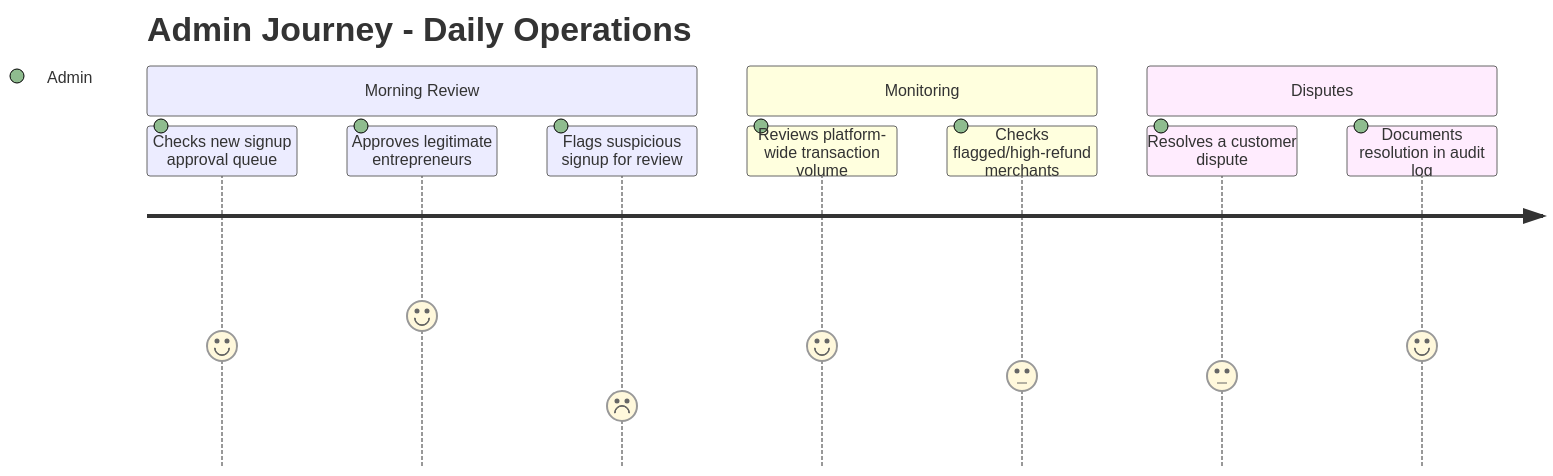
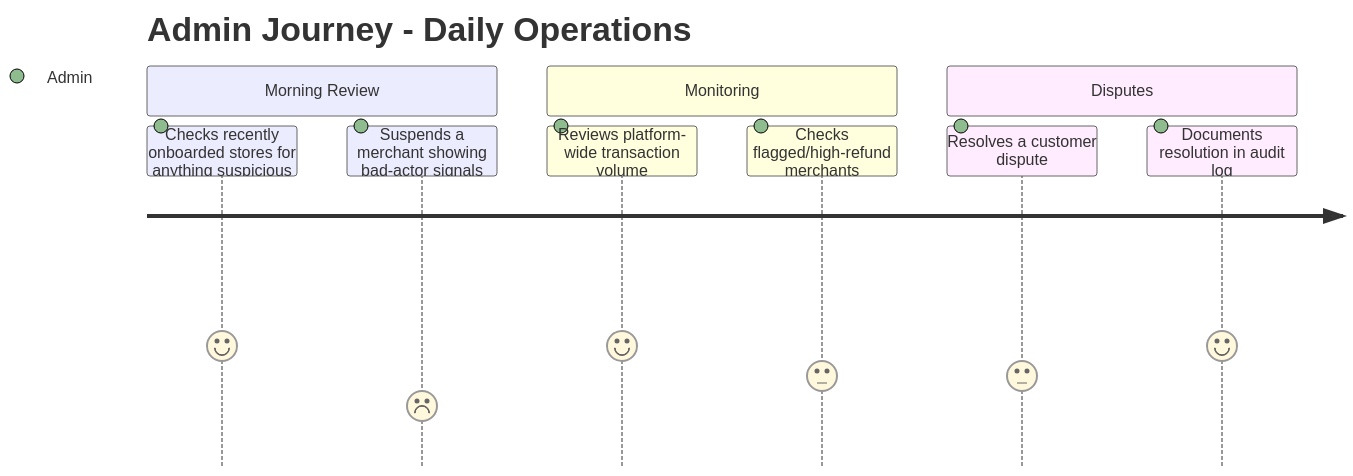
One commit to Pandiyaraj2004/Paylink changed the fourth of 9 diagrams in master-doc.md. Above: the diagram before and after it, drawn with Mermaid. The commit also changed other lines of this file and 177 other files, not shown here.

````diff
--- a/master-doc.md
+++ b/master-doc.md
@@ -640,14 +655,13 @@
 ```mermaid
 journey
     title Admin Journey - Daily Operations
     section Morning Review
-      Checks new signup approval queue: 4: Admin
-      Approves legitimate entrepreneurs: 5: Admin
-      Flags suspicious signup for review: 2: Admin
+      Checks recently onboarded stores for anything suspicious: 4: Admin
+      Suspends a merchant showing bad-actor signals: 2: Admin
     section Monitoring
       Reviews platform-wide transaction volume: 4: Admin
       Checks flagged/high-refund merchants: 3: Admin
     section Disputes
       Resolves a customer dispute: 3: Admin
       Documents resolution in audit log: 4: Admin
 ```
````
